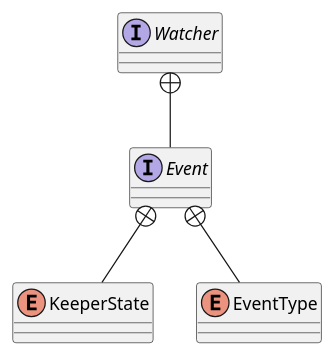
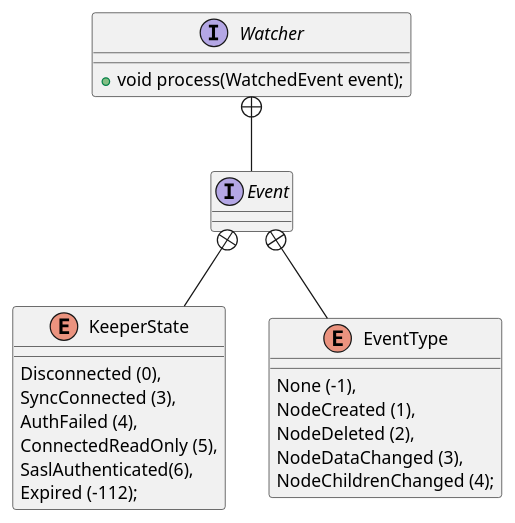
Before and after one commit to onlyonion/development: the diagram in docs/30-distributed/src/zookeeper/zookeeper/Watcher.md, drawn with PlantUML. The commit also changed other lines of this file and 26 other files, not shown here.

````diff
--- a/docs/30-distributed/src/zookeeper/zookeeper/Watcher.md
+++ b/docs/30-distributed/src/zookeeper/zookeeper/Watcher.md
@@ -6,14 +17,31 @@
 ```plantuml
 @startuml
 
-interface Watcher
+interface Watcher {
+    + void process(WatchedEvent event);
+}
+
 interface Event
-enum KeeperState
-enum EventType
+
+enum KeeperState {
+     Disconnected (0),
+     SyncConnected (3),
+     AuthFailed (4),
+     ConnectedReadOnly (5),
+     SaslAuthenticated(6),
+     Expired (-112);
+}
+enum EventType {
+    None (-1),
+    NodeCreated (1),
+    NodeDeleted (2),
+    NodeDataChanged (3),
+    NodeChildrenChanged (4);
+}
 
 Watcher +-- Event
 Event +-- KeeperState
 Event +-- EventType
 
 @enduml
 ```
````
